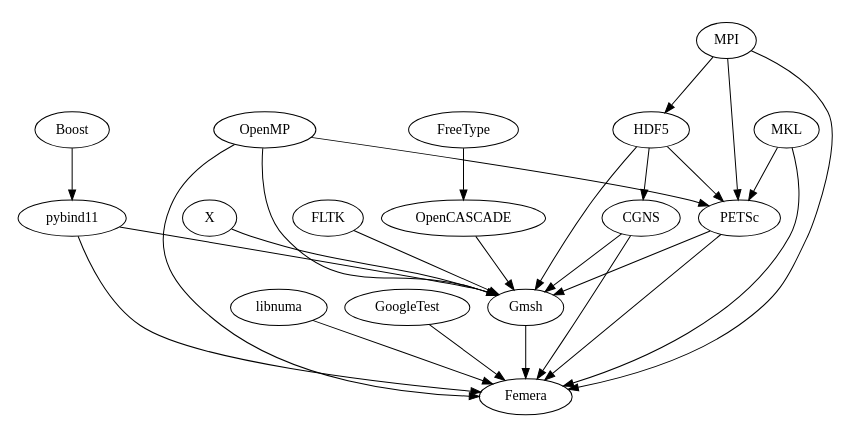
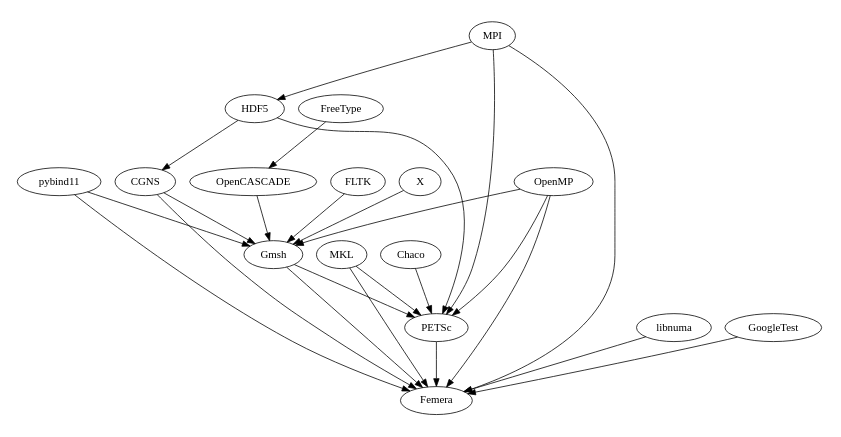
Before and after one commit to waggyz/femera-mini-app: the diagram in external/external.dot, drawn with Graphviz. The commit also changed 10 other files, not shown here.

```diff
--- a/external/external.dot
+++ b/external/external.dot
@@ -1,33 +1,32 @@
 digraph "Femera dependencies" {
  overlap=scale;
  size="6,3";
  ratio="fill";
  fontsize="12";
  fontname="Helvetica";
  clusterrank="local";
+ "CGNS" -> "Femera"
+ "HDF5" -> "CGNS"
+ "Gmsh" -> "Femera"
+ "OpenMP" -> "Gmsh"
+ "pybind11" -> "Gmsh"
+ "CGNS" -> "Gmsh"
+ "FLTK" -> "Gmsh"
+ "X" -> "Gmsh"
+ "OpenCASCADE" -> "Gmsh"
+ "FreeType" -> "OpenCASCADE"
+ "MPI" -> "HDF5"
+ "MKL" -> "Femera"
+ "PETSc" -> "Femera"
+ "OpenMP" -> "PETSc"
+ "MPI" -> "PETSc"
+ "MKL" -> "PETSc"
+ "Gmsh" -> "PETSc"
+ "HDF5" -> "PETSc"
+ "Chaco" -> "PETSc"
  "OpenMP" -> "Femera"
  "MPI" -> "Femera"
  "libnuma" -> "Femera"
  "GoogleTest" -> "Femera"
  "pybind11" -> "Femera"
- "Boost" -> "pybind11"
- "Gmsh" -> "Femera"
- "OpenMP" -> "Gmsh"
- "pybind11" -> "Gmsh"
- "CGNS" -> "Gmsh"
- "HDF5" -> "Gmsh"
- "PETSc" -> "Gmsh"
- "FLTK" -> "Gmsh"
- "X" -> "Gmsh"
- "OpenCASCADE" -> "Gmsh"
- "FreeType" -> "OpenCASCADE"
- "MPI" -> "HDF5"
- "CGNS" -> "Femera"
- "HDF5" -> "CGNS"
- "PETSc" -> "Femera"
- "OpenMP" -> "PETSc"
- "MPI" -> "PETSc"
- "MKL" -> "PETSc"
- "HDF5" -> "PETSc"
- "MKL" -> "Femera"
  }
```
